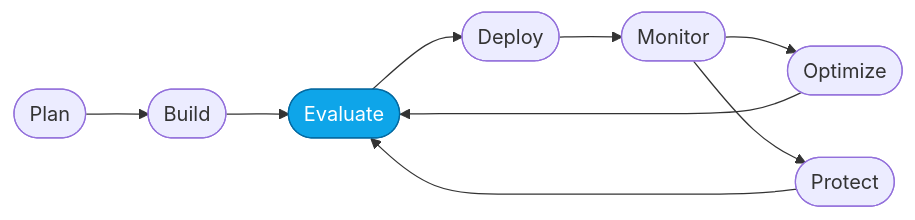
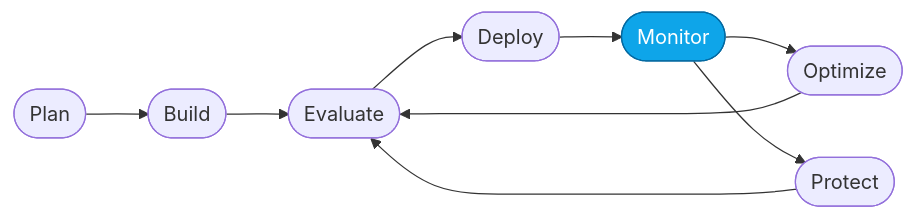
One commit to nitya/code-club-2026-testing changed the first of 2 diagrams in labs/fundamentals/06-verify.md. Above: the diagram before and after it, drawn with Mermaid. The commit also changed other lines of this file and 1 other file, not shown here.

Commit message:
Fix imported workshop doc inconsistencies

````diff
--- a/labs/fundamentals/06-verify.md
+++ b/labs/fundamentals/06-verify.md
@@ -14,7 +14,7 @@
 ```mermaid
 flowchart LR
-    Plan([Plan]) --> Build([Build]) --> Evaluate([Evaluate]):::active --> Deploy([Deploy]) --> Monitor([Monitor]) --> Optimize([Optimize]) --> Evaluate
+    Plan([Plan]) --> Build([Build]) --> Evaluate([Evaluate]) --> Deploy([Deploy]) --> Monitor([Monitor]):::active --> Optimize([Optimize]) --> Evaluate
     Monitor --> Protect([Protect]) --> Evaluate
 
     classDef active fill:#0ea5e9,stroke:#0369a1,color:#fff;
 ```
````
